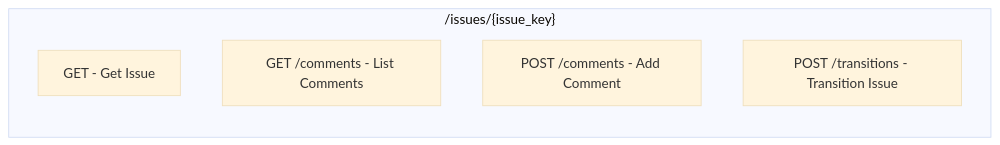
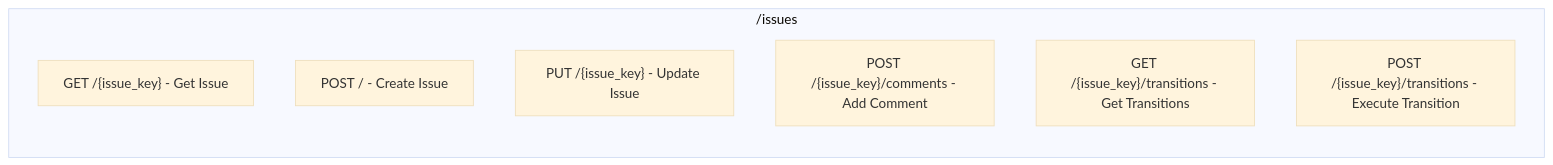
The third of 10 diagrams in api-services/jira-api/docs/ARCHITECTURE.md (rom-orlovich/groote-ai), drawn with Mermaid (base theme) before and after one commit. The commit also changed other lines of this file and 99 other files, not shown here.

Commit message:
feat: Add comprehensive documentation for service features, architecture, and flows, and introduce a Claude skill for documentation synchronization.

````diff
--- a/api-services/jira-api/docs/ARCHITECTURE.md
+++ b/api-services/jira-api/docs/ARCHITECTURE.md
@@ -73,9 +73,11 @@
 ```mermaid
 graph LR
-    subgraph Issues["/issues/{issue_key}"]
-        I1["GET - Get Issue"]
-        I2["GET /comments - List Comments"]
-        I3["POST /comments - Add Comment"]
-        I4["POST /transitions - Transition Issue"]
+    subgraph Issues["/issues"]
+        I1["GET /{issue_key} - Get Issue"]
+        I2["POST / - Create Issue"]
+        I3["PUT /{issue_key} - Update Issue"]
+        I4["POST /{issue_key}/comments - Add Comment"]
+        I5["GET /{issue_key}/transitions - Get Transitions"]
+        I6["POST /{issue_key}/transitions - Execute Transition"]
     end
 ```
````
